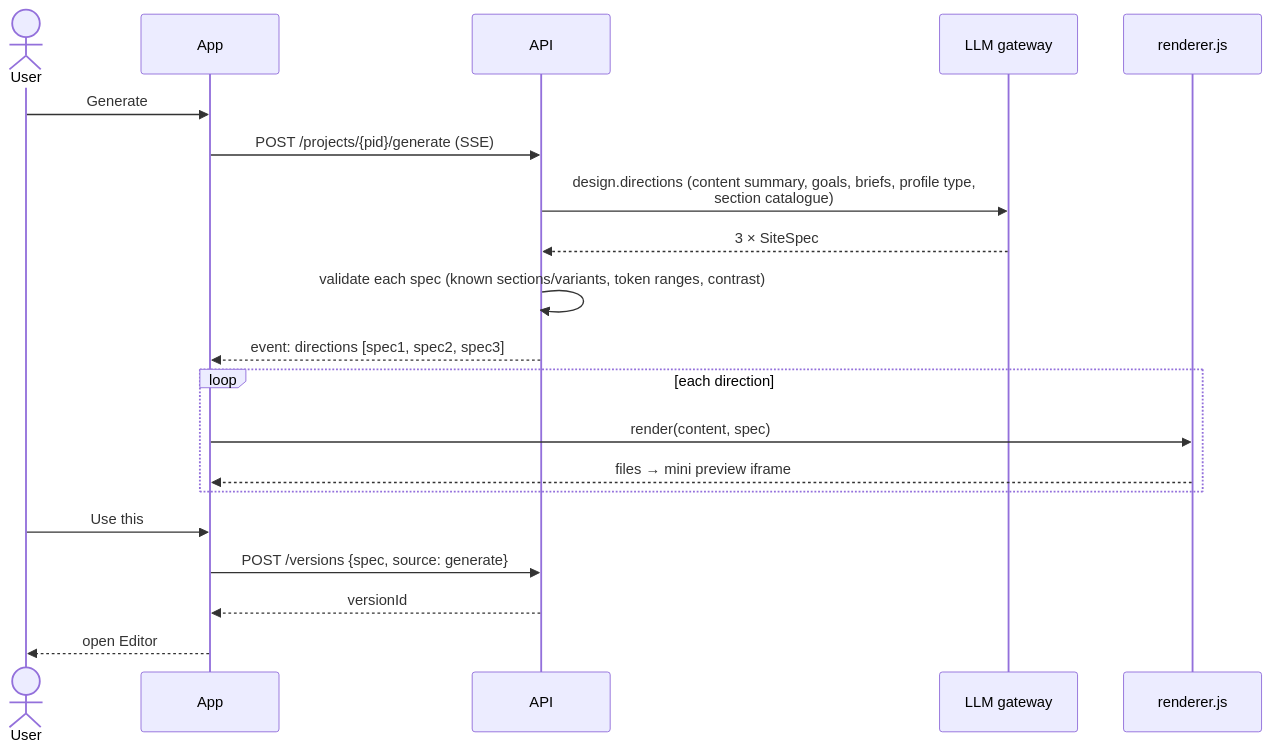
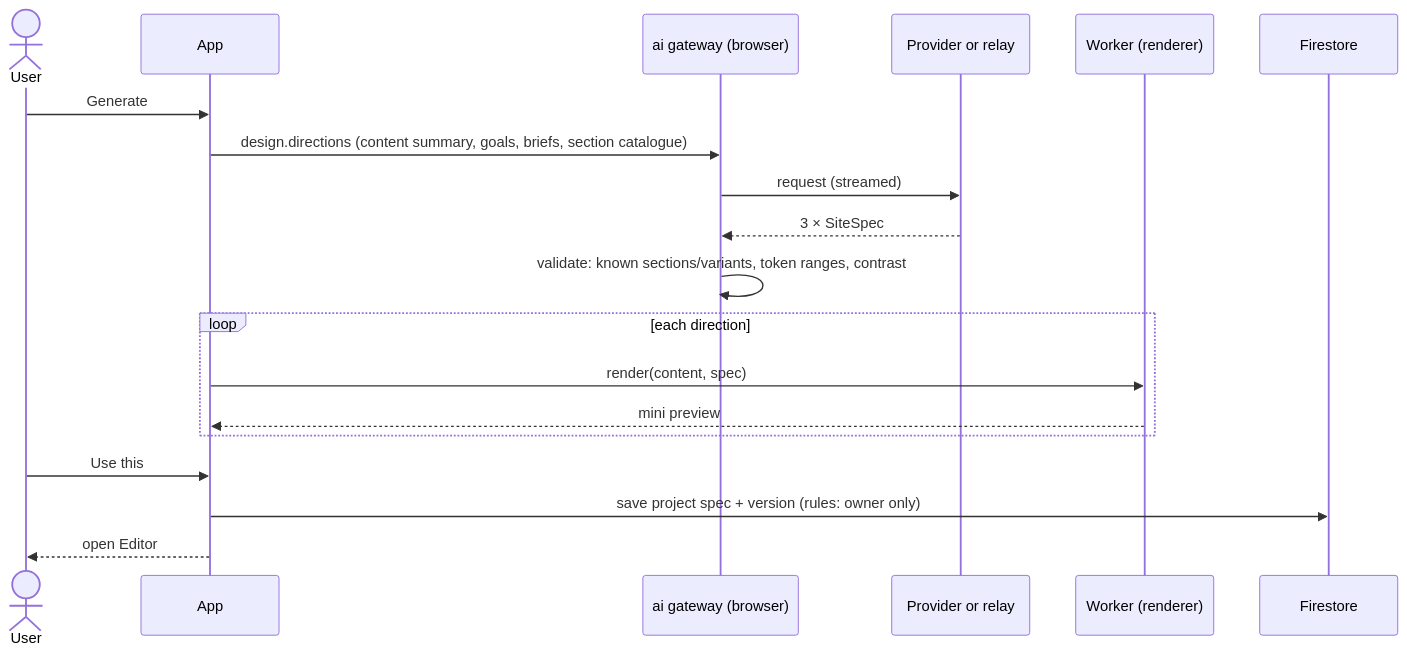
The ninth of 17 diagrams in docs/ARCHITECTURE.md (iamsanuponnulli-hue/PORTFOLIO-BUILDER), drawn with Mermaid before and after one commit. The commit also changed other lines of this file and 1 other file, not shown here.

First line of the commit message:
Plan: thin server, browser-heavy processing, extension, device-only keys, OpenRouter sign-in

````diff
--- a/docs/ARCHITECTURE.md
+++ b/docs/ARCHITECTURE.md
@@ -374,22 +412,21 @@
 ```mermaid
 sequenceDiagram
   actor U as User
   participant App
-  participant API
-  participant GW as LLM gateway
-  participant R as renderer.js
+  participant GW as ai gateway (browser)
+  participant P as Provider or relay
+  participant W as Worker (renderer)
+  participant FS as Firestore
   U->>App: Generate
-  App->>API: POST /projects/{pid}/generate (SSE)
-  API->>GW: design.directions (content summary, goals, briefs, profile type,<br/>section catalogue)
-  GW-->>API: 3 × SiteSpec
-  API->>API: validate each spec (known sections/variants, token ranges, contrast)
-  API-->>App: event: directions [spec1, spec2, spec3]
+  App->>GW: design.directions (content summary, goals, briefs, section catalogue)
+  GW->>P: request (streamed)
+  P-->>GW: 3 × SiteSpec
+  GW->>GW: validate: known sections/variants, token ranges, contrast
   loop each direction
-    App->>R: render(content, spec)
-    R-->>App: files → mini preview iframe
+    App->>W: render(content, spec)
+    W-->>App: mini preview
   end
   U->>App: Use this
-  App->>API: POST /versions {spec, source: generate}
-  API-->>App: versionId
+  App->>FS: save project spec + version (rules: owner only)
   App-->>U: open Editor
 ```
````
